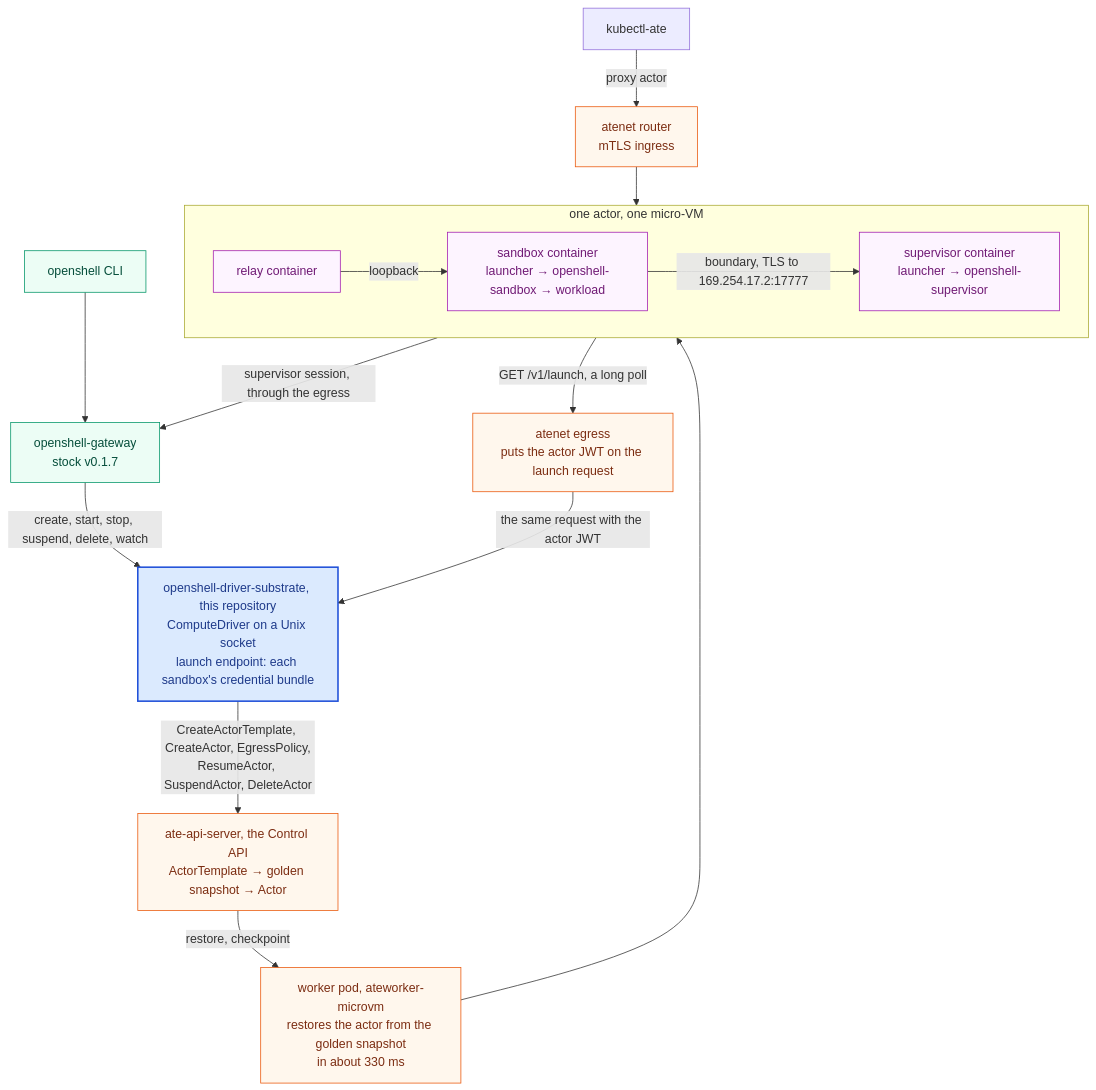
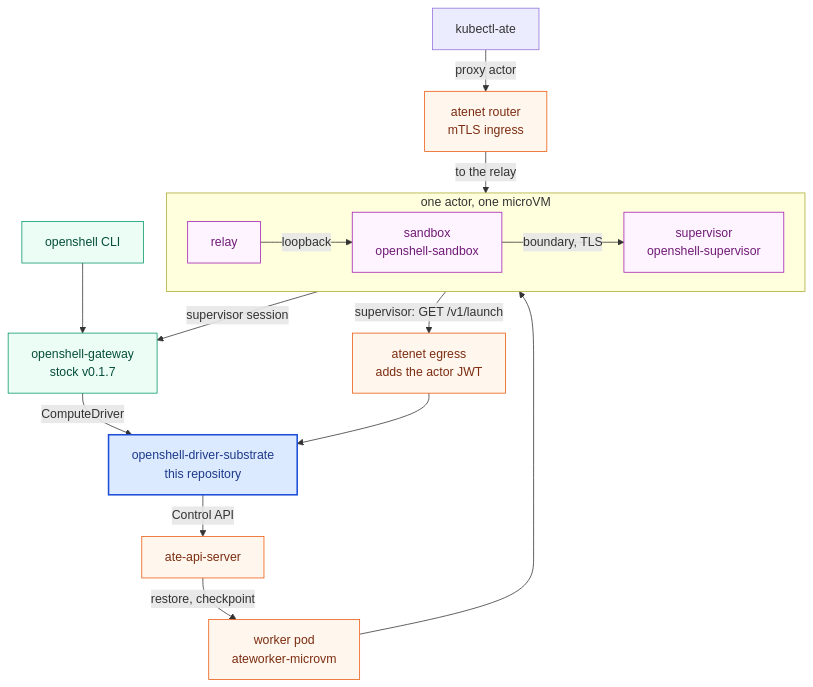
Before and after one commit to dims/openshell-driver-substrate: the diagram in README.md, drawn with Mermaid.

Commit message:
docs: README diagram that GitHub renders without wrapping
GitHub's mermaid wraps node labels at about 15 characters and breaks
hyphenated names, so the old diagram read as chopped text. Short labels,
a wrappingWidth directive, and the three containers side by side.

````diff
--- a/README.md
+++ b/README.md
@@ -29,41 +29,38 @@
 ```mermaid
+%%{init: {"flowchart": {"wrappingWidth": 300, "nodeSpacing": 30, "rankSpacing": 30}}}%%
 flowchart TB
   classDef stock fill:#ecfdf5,stroke:#059669,color:#064e3b
   classDef ours fill:#dbeafe,stroke:#1d4ed8,color:#1e3a8a,stroke-width:2px
   classDef sub fill:#fff7ed,stroke:#ea580c,color:#7c2d12
   classDef guest fill:#fdf4ff,stroke:#a21caf,color:#701a75
 
   cli["openshell CLI"]
   kate["kubectl-ate"]
   gw["openshell-gateway<br/>stock v0.1.7"]
-  drv["openshell-driver-substrate, this repository<br/>ComputeDriver on a Unix socket<br/>launch endpoint: each sandbox's credential bundle"]
-  api["ate-api-server, the Control API<br/>ActorTemplate → golden snapshot → Actor"]
-  worker["worker pod, ateworker-microvm<br/>restores the actor from the golden snapshot<br/>in about 330 ms"]
-  egress["atenet egress<br/>puts the actor JWT on the launch request"]
+  drv["openshell-driver-substrate<br/>this repository"]
+  api["ate-api-server"]
+  worker["worker pod<br/>ateworker-microvm"]
+  egress["atenet egress<br/>adds the actor JWT"]
   router["atenet router<br/>mTLS ingress"]
 
-  subgraph vm["one actor, one micro-VM"]
+  subgraph vm["one actor, one microVM"]
     direction LR
-    relay["relay container"]
-    sbx["sandbox container<br/>launcher → openshell-sandbox → workload"]
-    sup["supervisor container<br/>launcher → openshell-supervisor"]
-    relay -- "loopback" --> sbx
-    sbx -- "boundary, TLS to 169.254.17.2:17777" --> sup
+    relay["relay"] -- "loopback" --> sbx["sandbox<br/>openshell-sandbox"] -- "boundary, TLS" --> sup["supervisor<br/>openshell-supervisor"]
   end
 
   cli --> gw
-  gw -- "create, start, stop, suspend, delete, watch" --> drv
-  drv -- "CreateActorTemplate, CreateActor, EgressPolicy,<br/>ResumeActor, SuspendActor, DeleteActor" --> api
+  gw -- "ComputeDriver" --> drv
+  drv -- "Control API" --> api
   api -- "restore, checkpoint" --> worker
   worker --> vm
-  sup -- "GET /v1/launch, a long poll" --> egress
-  egress -- "the same request with the actor JWT" --> drv
-  sup -- "supervisor session, through the egress" --> gw
+  vm -- "supervisor: GET /v1/launch" --> egress
+  egress --> drv
+  vm -- "supervisor session" --> gw
   kate -- "proxy actor" --> router
-  router --> relay
+  router -- "to the relay" --> vm
 
   class cli,gw stock
   class drv ours
   class api,worker,egress,router sub
   class relay,sbx,sup guest
 ```
````
